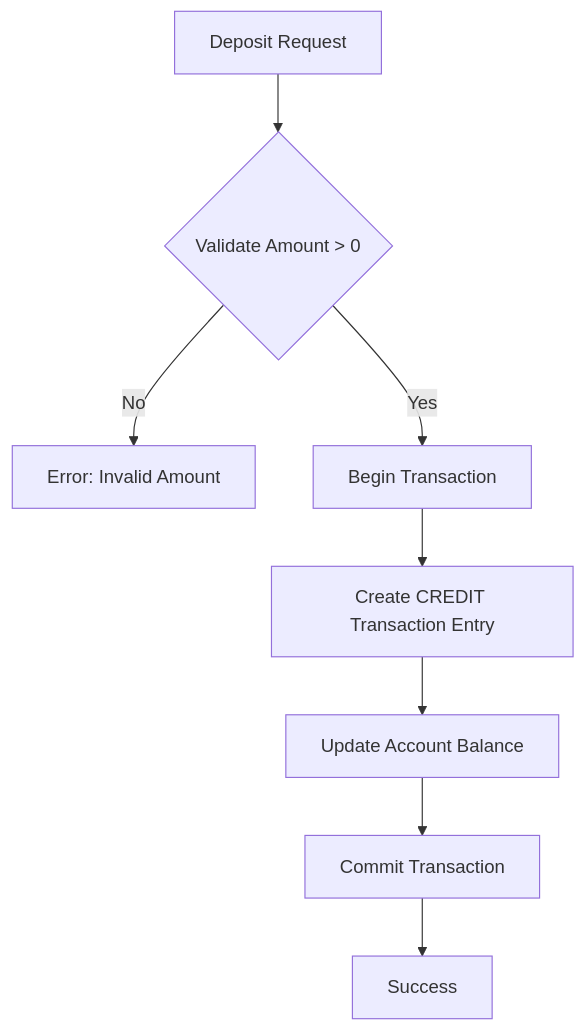
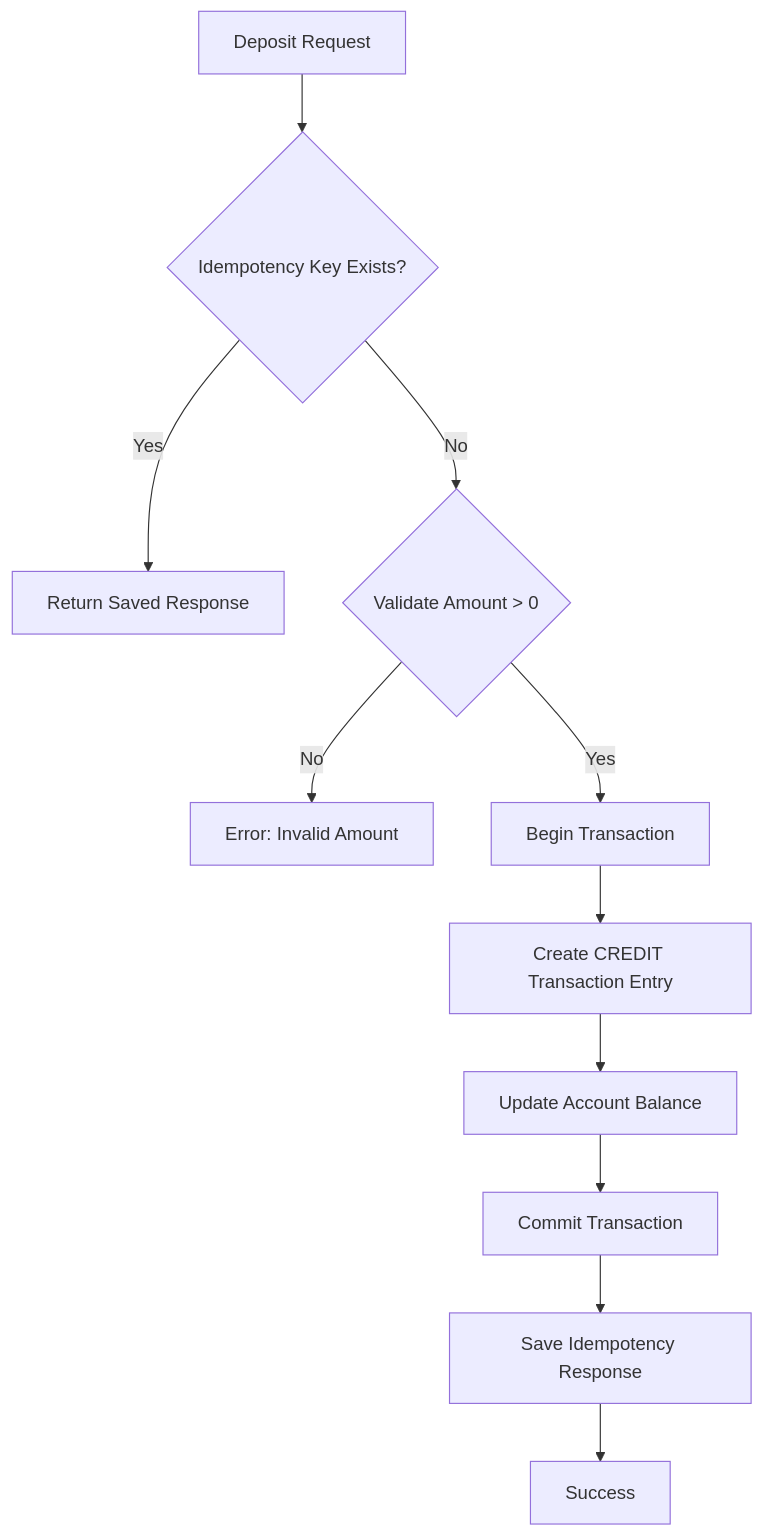
The third of 4 diagrams in WORKFLOW.md (karar-hayder/ITS-SecureBank), drawn with Mermaid before and after one commit. The commit also changed other lines of this file and 13 other files, not shown here.

Commit message:
feat: implement idempotency support for transaction operations; add IdempotentAttribute filter, enhance deposit, withdrawal, and transfer methods, and introduce background job for periodic interest application

````diff
--- a/WORKFLOW.md
+++ b/WORKFLOW.md
@@ -29,10 +54,13 @@
 ```mermaid
 graph TD
-    A[Deposit Request] --> B{Validate Amount > 0}
-    B -- No --> C[Error: Invalid Amount]
-    B -- Yes --> D[Begin Transaction]
-    D --> E[Create CREDIT Transaction Entry]
-    E --> F[Update Account Balance]
-    F --> G[Commit Transaction]
-    G --> H[Success]
+    A[Deposit Request] --> B{Idempotency Key Exists?}
+    B -- Yes --> C[Return Saved Response]
+    B -- No --> D{Validate Amount > 0}
+    D -- No --> E[Error: Invalid Amount]
+    D -- Yes --> F[Begin Transaction]
+    F --> G[Create CREDIT Transaction Entry]
+    G --> H[Update Account Balance]
+    H --> I[Commit Transaction]
+    I --> J[Save Idempotency Response]
+    J --> K[Success]
 ```
````
